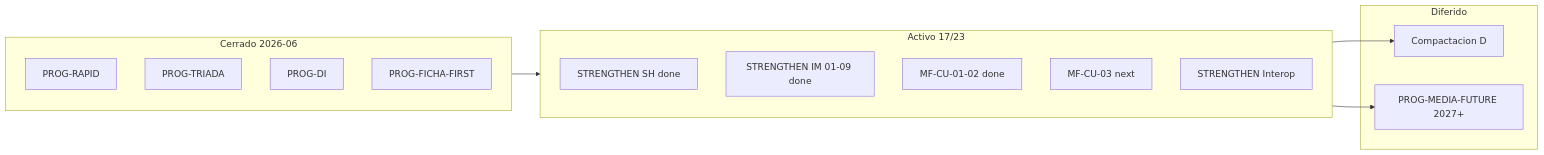
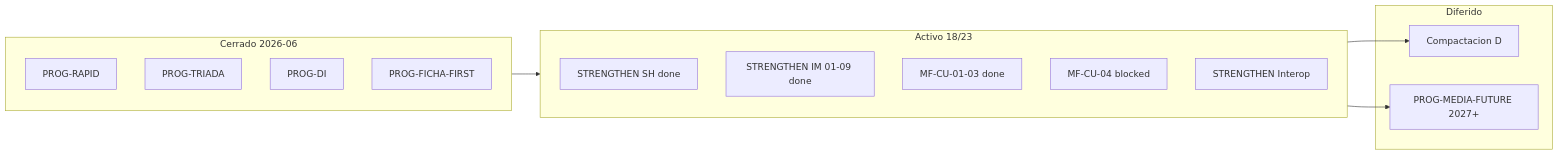
One commit to gabriel2320/epis2 changed the diagram in reports/epis2-plan-desarrollo-unificado-2026-06-14.md. Above: the diagram before and after it, drawn with Mermaid. The commit also changed other lines of this file and 5 other files, not shown here.

````diff
--- a/reports/epis2-plan-desarrollo-unificado-2026-06-14.md
+++ b/reports/epis2-plan-desarrollo-unificado-2026-06-14.md
@@ -96,23 +97,23 @@
 ```mermaid
 flowchart LR
   subgraph cerrado [Cerrado 2026-06]
     R[PROG-RAPID]
     T[PROG-TRIADA]
     DI[PROG-DI]
     FF[PROG-FICHA-FIRST]
   end
-  subgraph activo [Activo 17/23]
+  subgraph activo [Activo 18/23]
     SH[STRENGTHEN SH done]
     IM[STRENGTHEN IM 01-09 done]
-    CU[MF-CU-01-02 done]
-    CU3[MF-CU-03 next]
+    CU[MF-CU-01-03 done]
+    CU4[MF-CU-04 blocked]
     IC[STRENGTHEN Interop]
   end
   subgraph diferido [Diferido]
     D[Compactacion D]
     M[PROG-MEDIA-FUTURE 2027+]
   end
   cerrado --> activo
   activo --> D
   activo --> M
 ```
````
